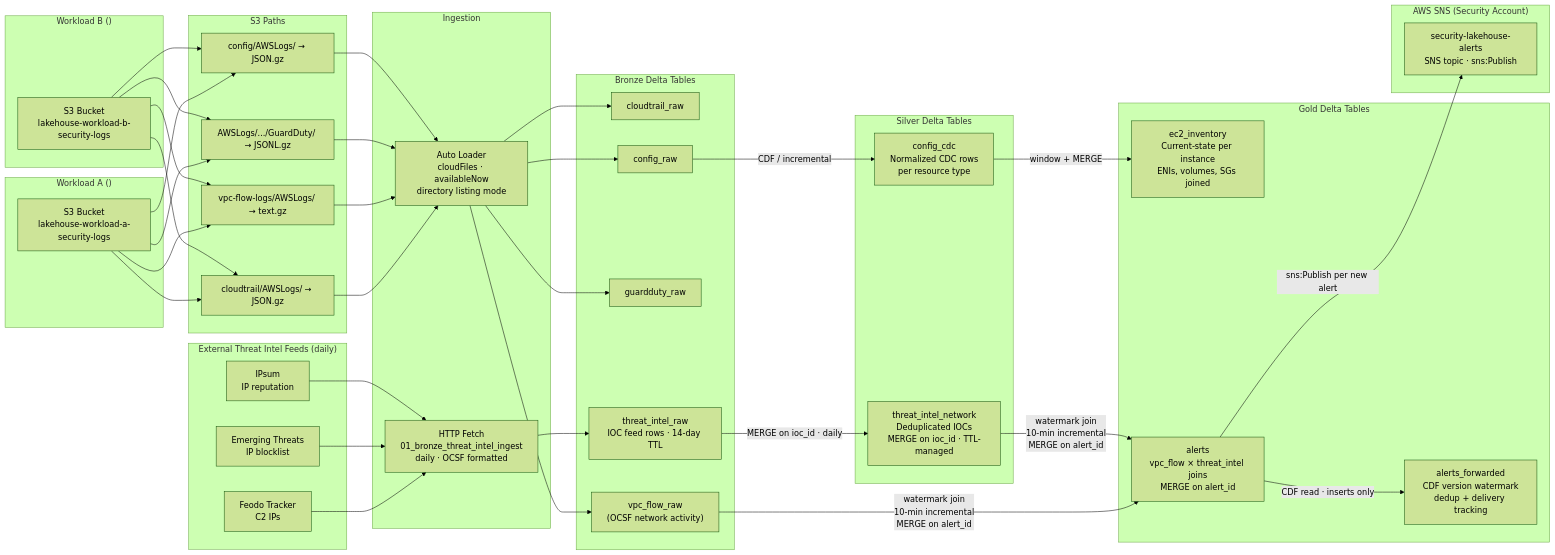
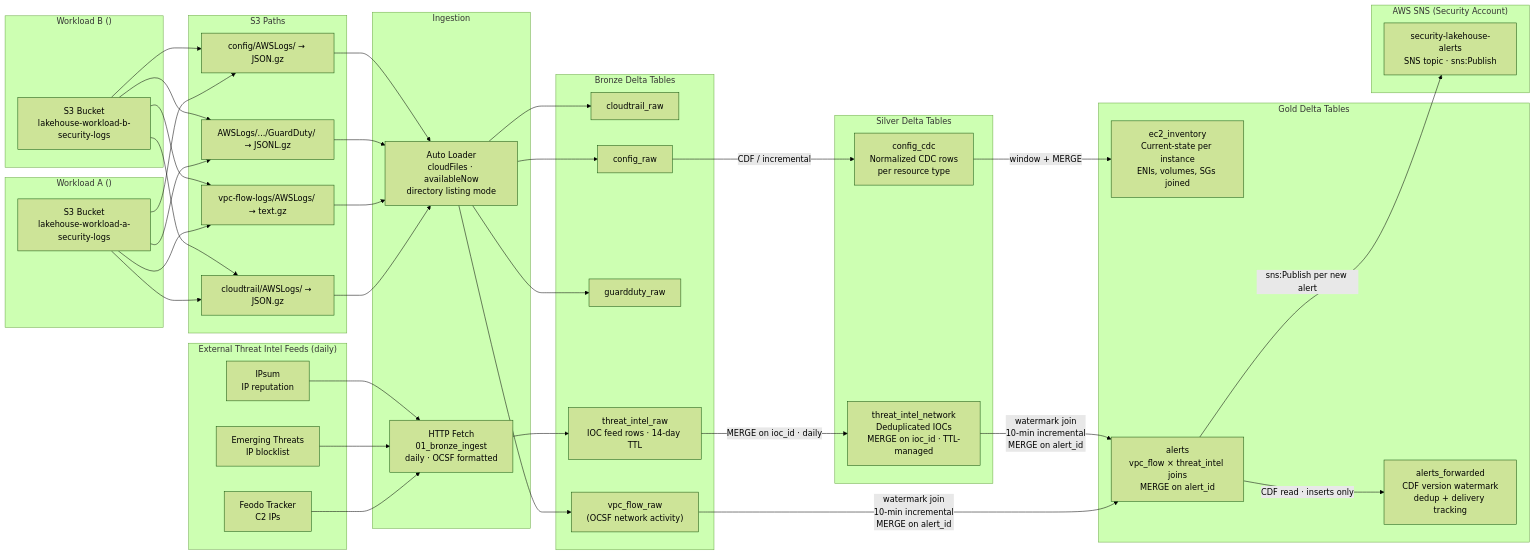
One commit to snk5125/security-data-platform changed the third of 4 diagrams in architecture_diagram.md. Above: the diagram before and after it, drawn with Mermaid (forest theme). The commit also changed other lines of this file and 3 other files, not shown here.

First line of the commit message:
docs: update architecture diagrams for multi-root Terraform structure

````diff
--- a/architecture_diagram.md
+++ b/architecture_diagram.md
@@ -215,66 +217,66 @@
 ```mermaid
 graph LR
     subgraph "External Threat Intel Feeds (daily)"
         FEODO["Feodo Tracker<br/>C2 IPs"]
         ET["Emerging Threats<br/>IP blocklist"]
         IPSUM["IPsum<br/>IP reputation"]
     end
 
     subgraph "Workload A (<WORKLOAD_A_ACCOUNT_ID>)"
         S3A["S3 Bucket<br/>lakehouse-workload-a-security-logs"]
     end
 
     subgraph "Workload B (<WORKLOAD_B_ACCOUNT_ID>)"
         S3B["S3 Bucket<br/>lakehouse-workload-b-security-logs"]
     end
 
     subgraph "Ingestion"
         AL["Auto Loader<br/>cloudFiles · availableNow<br/>directory listing mode"]
-        TI_FETCH["HTTP Fetch<br/>01_bronze_threat_intel_ingest<br/>daily · OCSF formatted"]
+        TI_FETCH["HTTP Fetch<br/>01_bronze_ingest<br/>daily · OCSF formatted"]
     end
 
     subgraph "Bronze Delta Tables"
         CT["cloudtrail_raw"]
         VF["vpc_flow_raw<br/>(OCSF network activity)"]
         GD["guardduty_raw"]
         CF["config_raw"]
         TIR["threat_intel_raw<br/>IOC feed rows · 14-day TTL"]
     end
 
     subgraph "Silver Delta Tables"
         CDC["config_cdc<br/>Normalized CDC rows<br/>per resource type"]
         TIN["threat_intel_network<br/>Deduplicated IOCs<br/>MERGE on ioc_id · TTL-managed"]
     end
 
     subgraph "Gold Delta Tables"
         EC2["ec2_inventory<br/>Current-state per instance<br/>ENIs, volumes, SGs joined"]
         ALERTS["alerts<br/>vpc_flow × threat_intel joins<br/>MERGE on alert_id"]
         AFWD["alerts_forwarded<br/>CDF version watermark<br/>dedup + delivery tracking"]
     end
 
     subgraph "AWS SNS (Security Account)"
         SNS["security-lakehouse-alerts<br/>SNS topic · sns:Publish"]
     end
 
     subgraph "S3 Paths"
         P1["cloudtrail/AWSLogs/ → JSON.gz"]
         P2["vpc-flow-logs/AWSLogs/ → text.gz"]
         P3["AWSLogs/.../GuardDuty/ → JSONL.gz"]
         P4["config/AWSLogs/ → JSON.gz"]
     end
 
     S3A --> P1 & P2 & P3 & P4
     S3B --> P1 & P2 & P3 & P4
     P1 --> AL --> CT
     P2 --> AL --> VF
     P3 --> AL --> GD
     P4 --> AL --> CF
     FEODO & ET & IPSUM --> TI_FETCH --> TIR
 
     CF -->|"CDF / incremental"| CDC
     CDC -->|"window + MERGE"| EC2
     TIR -->|"MERGE on ioc_id · daily"| TIN
     VF & TIN -->|"watermark join<br/>10-min incremental<br/>MERGE on alert_id"| ALERTS
     ALERTS -->|"CDF read · inserts only"| AFWD
     ALERTS -->|"sns:Publish per new alert"| SNS
 ```
````
